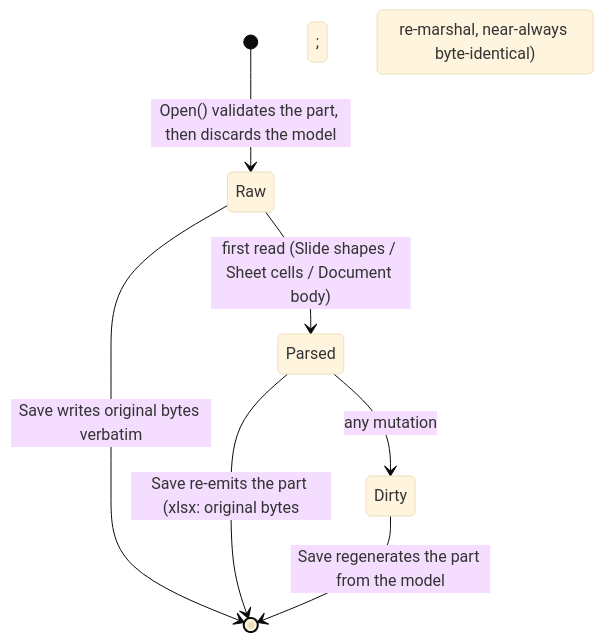
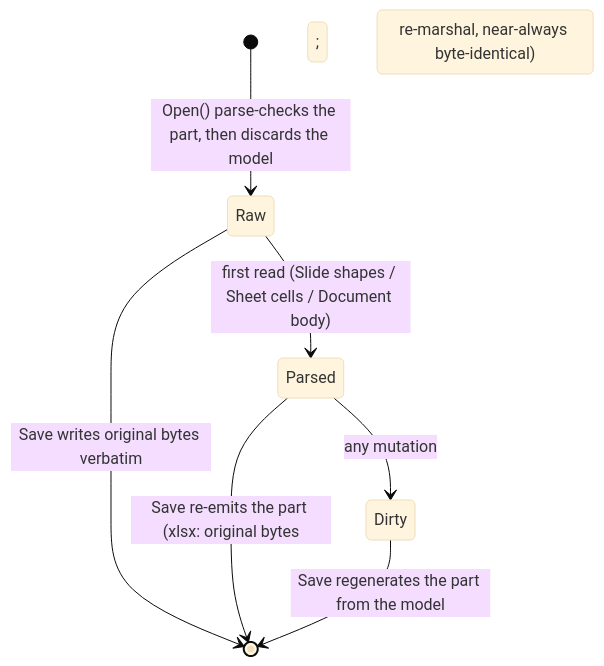
Before and after one commit to mgilbir/spine: the third of 3 diagrams in docs/architecture.md, drawn with Mermaid (base theme). The commit also changed other lines of this file and 12 other files, not shown here.

````diff
--- a/docs/architecture.md
+++ b/docs/architecture.md
@@ -73,9 +98,9 @@
 ```mermaid
 stateDiagram-v2
-    [*] --> Raw: Open() validates the part, then discards the model
+    [*] --> Raw: Open() parse-checks the part, then discards the model
     Raw --> Parsed: first read (Slide shapes / Sheet cells / Document body)
     Parsed --> Dirty: any mutation
     Raw --> [*]: Save writes original bytes verbatim
     Parsed --> [*]: Save re-emits the part (xlsx: original bytes; pptx/docx: re-marshal, near-always byte-identical)
     Dirty --> [*]: Save regenerates the part from the model
 ```
````
